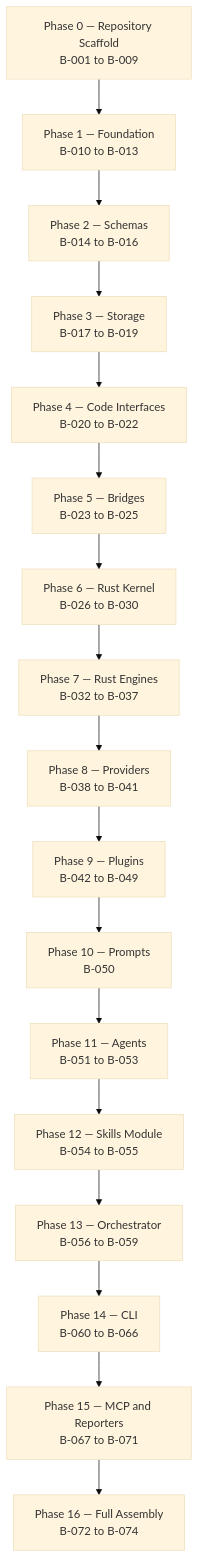
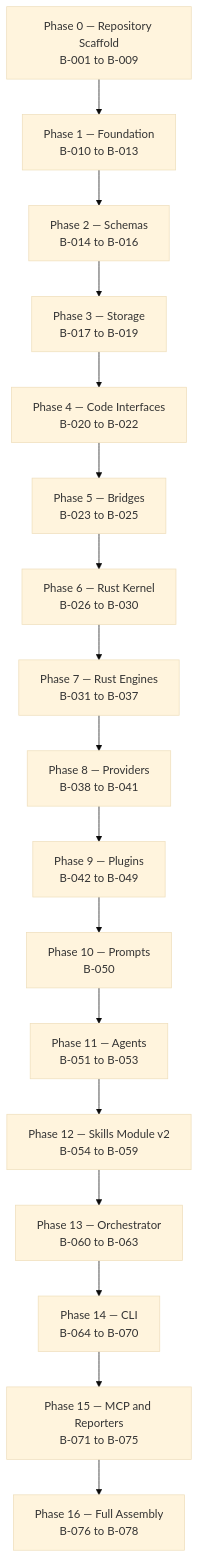
The diagram in BUILD_ORDER.md (arubara2021/CodeGuardian), drawn with Mermaid (base theme) before and after one commit. The commit also changed other lines of this file and 37 other files, not shown here.

First line of the commit message:
feat(phase-12): skills module v2 with graph, governance, and security

````diff
--- a/BUILD_ORDER.md
+++ b/BUILD_ORDER.md
@@ -90,23 +92,23 @@
 ```mermaid
 flowchart TB
     P0["Phase 0 — Repository Scaffold<br/>B-001 to B-009"]
     P1["Phase 1 — Foundation<br/>B-010 to B-013"]
     P2["Phase 2 — Schemas<br/>B-014 to B-016"]
     P3["Phase 3 — Storage<br/>B-017 to B-019"]
     P4["Phase 4 — Code Interfaces<br/>B-020 to B-022"]
     P5["Phase 5 — Bridges<br/>B-023 to B-025"]
     P6["Phase 6 — Rust Kernel<br/>B-026 to B-030"]
-    P7["Phase 7 — Rust Engines<br/>B-032 to B-037"]
+    P7["Phase 7 — Rust Engines<br/>B-031 to B-037"]
     P8["Phase 8 — Providers<br/>B-038 to B-041"]
     P9["Phase 9 — Plugins<br/>B-042 to B-049"]
     P10["Phase 10 — Prompts<br/>B-050"]
     P11["Phase 11 — Agents<br/>B-051 to B-053"]
-    P12["Phase 12 — Skills Module<br/>B-054 to B-055"]
-    P13["Phase 13 — Orchestrator<br/>B-056 to B-059"]
-    P14["Phase 14 — CLI<br/>B-060 to B-066"]
-    P15["Phase 15 — MCP and Reporters<br/>B-067 to B-071"]
-    P16["Phase 16 — Full Assembly<br/>B-072 to B-074"]
+    P12["Phase 12 — Skills Module v2<br/>B-054 to B-059"]
+    P13["Phase 13 — Orchestrator<br/>B-060 to B-063"]
+    P14["Phase 14 — CLI<br/>B-064 to B-070"]
+    P15["Phase 15 — MCP and Reporters<br/>B-071 to B-075"]
+    P16["Phase 16 — Full Assembly<br/>B-076 to B-078"]
 
     P0 --> P1 --> P2 --> P3 --> P4 --> P5 --> P6 --> P7 --> P8
     P8 --> P9 --> P10 --> P11 --> P12 --> P13 --> P14 --> P15 --> P16
 ```
````
